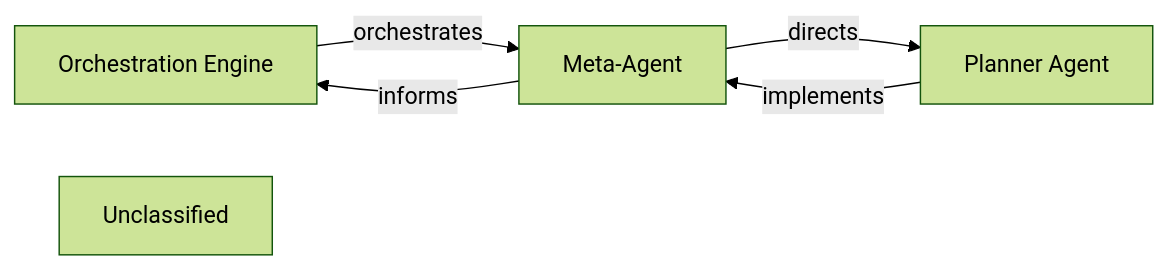
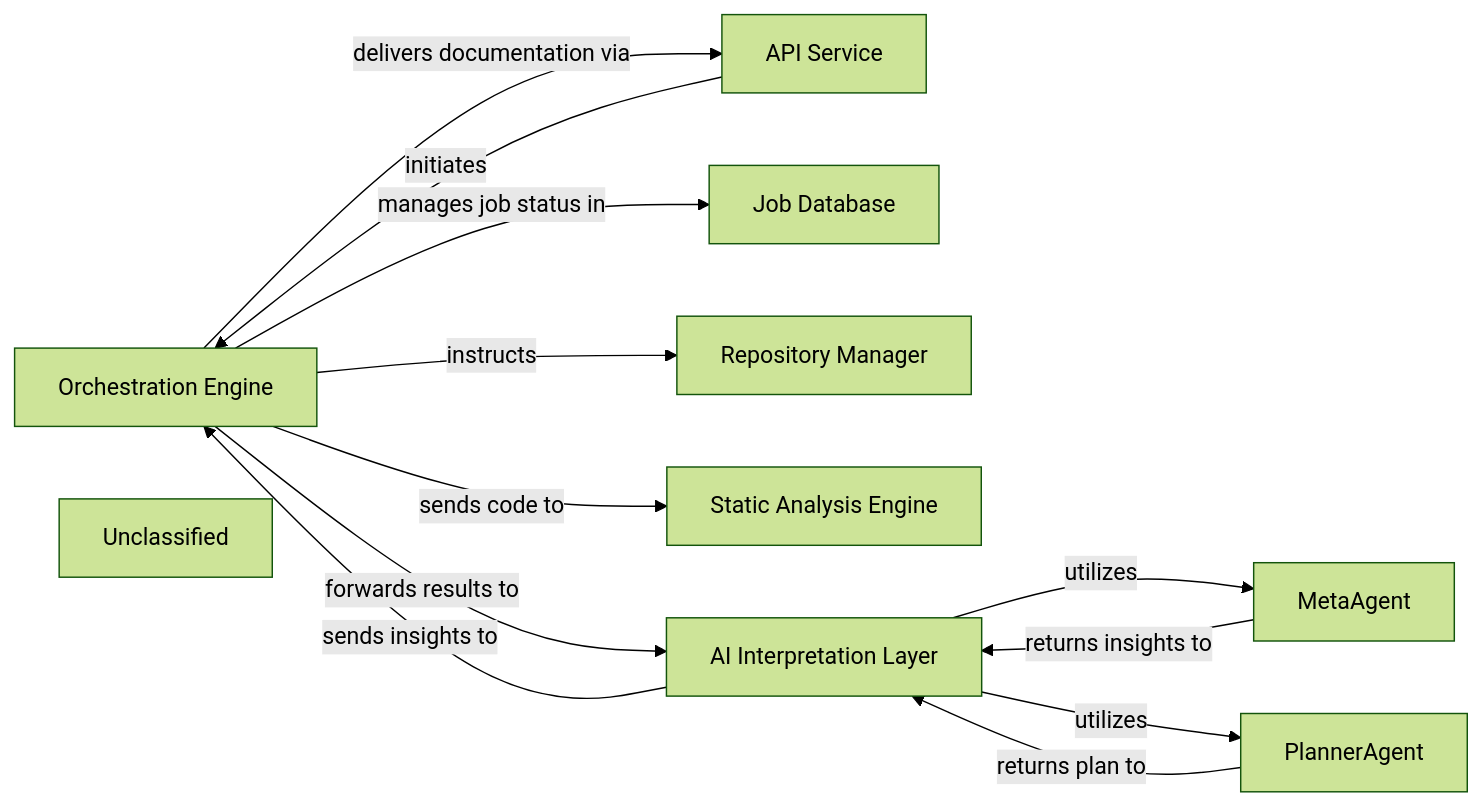
The diagram in .codeboarding/Orchestration_Engine.md (CodeBoarding/CodeBoarding), drawn with Mermaid (forest theme) before and after one commit. The commit also changed other lines of this file and 13 other files, not shown here.

First line of the commit message:
docs: update codeboarding documentation and generate architecture

````diff
--- a/.codeboarding/Orchestration_Engine.md
+++ b/.codeboarding/Orchestration_Engine.md
@@ -1,12 +1,25 @@
 ```mermaid
 graph LR
     Orchestration_Engine["Orchestration Engine"]
-    Meta_Agent["Meta-Agent"]
-    Planner_Agent["Planner Agent"]
+    API_Service["API Service"]
+    Job_Database["Job Database"]
+    Repository_Manager["Repository Manager"]
+    Static_Analysis_Engine["Static Analysis Engine"]
+    AI_Interpretation_Layer["AI Interpretation Layer"]
+    MetaAgent["MetaAgent"]
+    PlannerAgent["PlannerAgent"]
     Unclassified["Unclassified"]
-    Orchestration_Engine -- "orchestrates" --> Meta_Agent
-    Meta_Agent -- "directs" --> Planner_Agent
-    Planner_Agent -- "implements" --> Meta_Agent
-    Meta_Agent -- "informs" --> Orchestration_Engine
+    API_Service -- "initiates" --> Orchestration_Engine
+    Orchestration_Engine -- "manages job status in" --> Job_Database
+    Orchestration_Engine -- "instructs" --> Repository_Manager
+    Orchestration_Engine -- "sends code to" --> Static_Analysis_Engine
+    Orchestration_Engine -- "forwards results to" --> AI_Interpretation_Layer
+    AI_Interpretation_Layer -- "utilizes" --> MetaAgent
+    AI_Interpretation_Layer -- "utilizes" --> PlannerAgent
+    MetaAgent -- "returns insights to" --> AI_Interpretation_Layer
+    PlannerAgent -- "returns plan to" --> AI_Interpretation_Layer
+    AI_Interpretation_Layer -- "sends insights to" --> Orchestration_Engine
+    Orchestration_Engine -- "delivers documentation via" --> API_Service
     click Orchestration_Engine href "https://github.com/CodeBoarding/CodeBoarding/blob/main/.codeboarding/Orchestration_Engine.md" "Details"
+    click Static_Analysis_Engine href "https://github.com/CodeBoarding/CodeBoarding/blob/main/.codeboarding/Static_Analysis_Engine.md" "Details"
 ```
````
